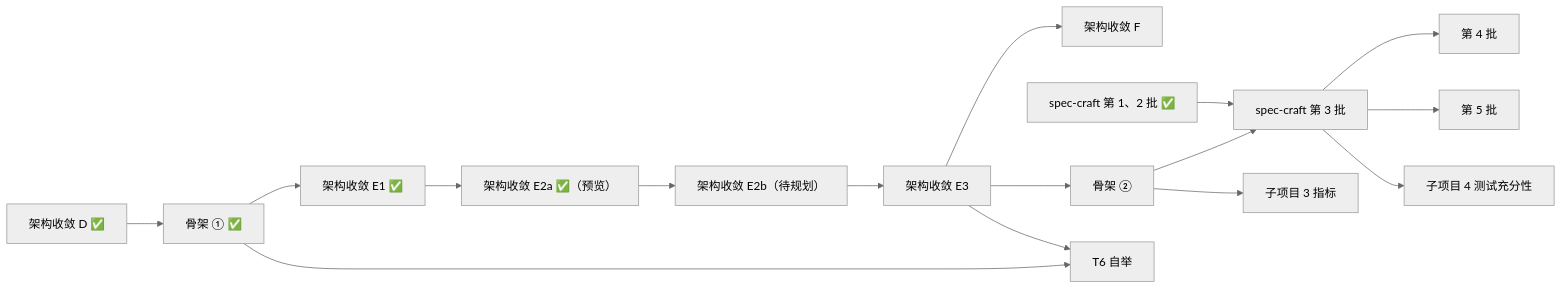
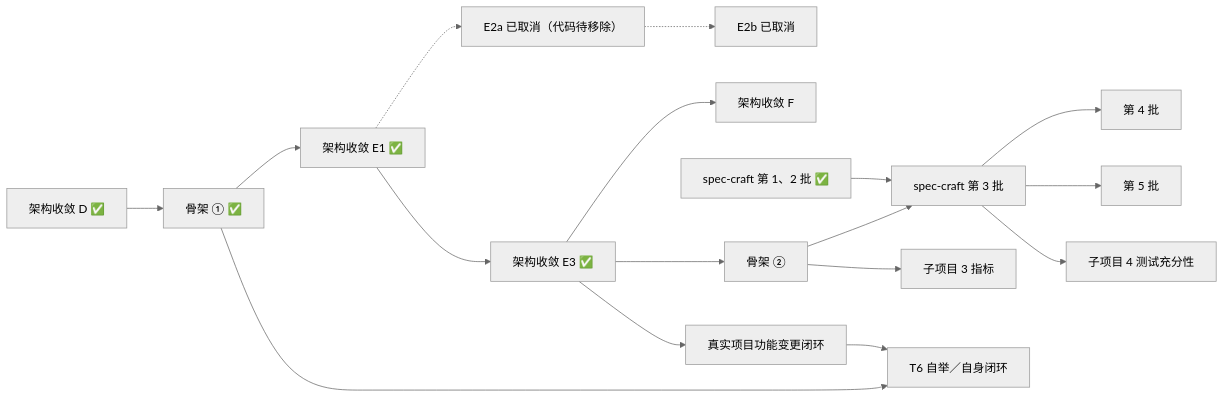
Before and after one commit to jinlin725168-ai/storyloop: the diagram in docs/roadmap.md, drawn with Mermaid (neutral theme). The commit also changed other lines of this file and 3 other files, not shown here.

Commit message:
docs(architecture): 记录底座仅由人实现的决定 (#58)

````diff
--- a/docs/roadmap.md
+++ b/docs/roadmap.md
@@ -52,18 +53,19 @@
 ```mermaid
 flowchart LR
     D["架构收敛 D ✅"] --> T1["骨架 ① ✅"]
     T1 --> E1["架构收敛 E1 ✅"]
-    E1 --> E2a["架构收敛 E2a ✅（预览）"]
-    E2a --> E2b["架构收敛 E2b（待规划）"]
-    E2b --> E3["架构收敛 E3"]
+    E1 --> E3["架构收敛 E3 ✅"]
+    E1 -.-> E2a["E2a 已取消（代码待移除）"]
+    E2a -.-> E2b["E2b 已取消"]
     E3 --> F["架构收敛 F"]
     E3 --> T2["骨架 ②"]
+    E3 --> R["真实项目功能变更闭环"]
     S1["spec-craft 第 1、2 批 ✅"] --> S3["spec-craft 第 3 批"]
     T2 --> S3
     S3 --> S4["第 4 批"]
     S3 --> S5["第 5 批"]
     T2 --> M["子项目 3 指标"]
     S3 --> A4["子项目 4 测试充分性"]
-    E3 --> T6["T6 自举"]
+    R --> T6["T6 自举／自身闭环"]
     T1 --> T6
 ```
````
